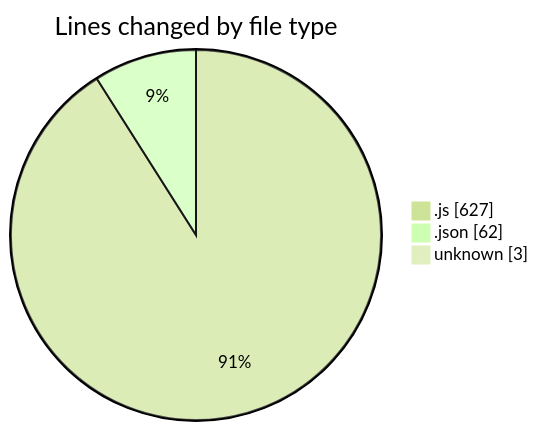
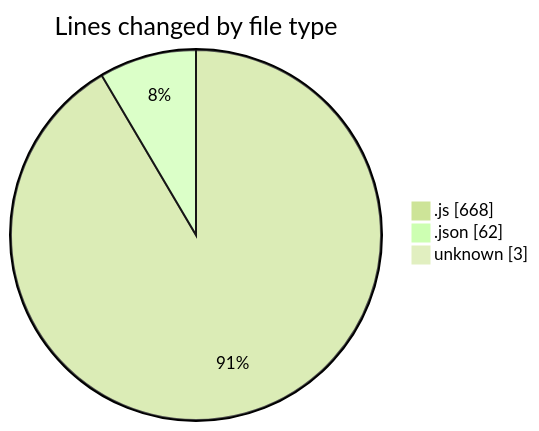
The first of 2 diagrams in 2025-07-02/mern-thinkboard/README.md (Ritupan-Deka/code-tracking), drawn with Mermaid (forest theme) before and after one commit. The commit also changed other lines of this file and 1 other file, not shown here.

````diff
--- a/2025-07-02/mern-thinkboard/README.md
+++ b/2025-07-02/mern-thinkboard/README.md
@@ -29,7 +29,7 @@
 ```mermaid
 pie showData
 title Lines changed by file type
-".js" : 627
+".js" : 668
 ".json" : 62
 "unknown" : 3
 ```
````
